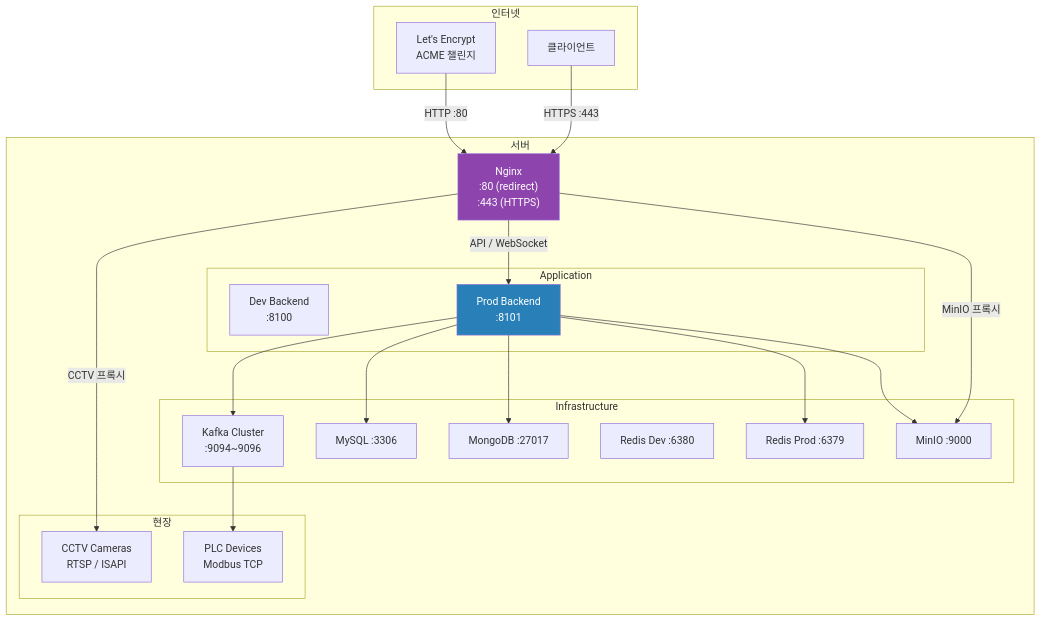
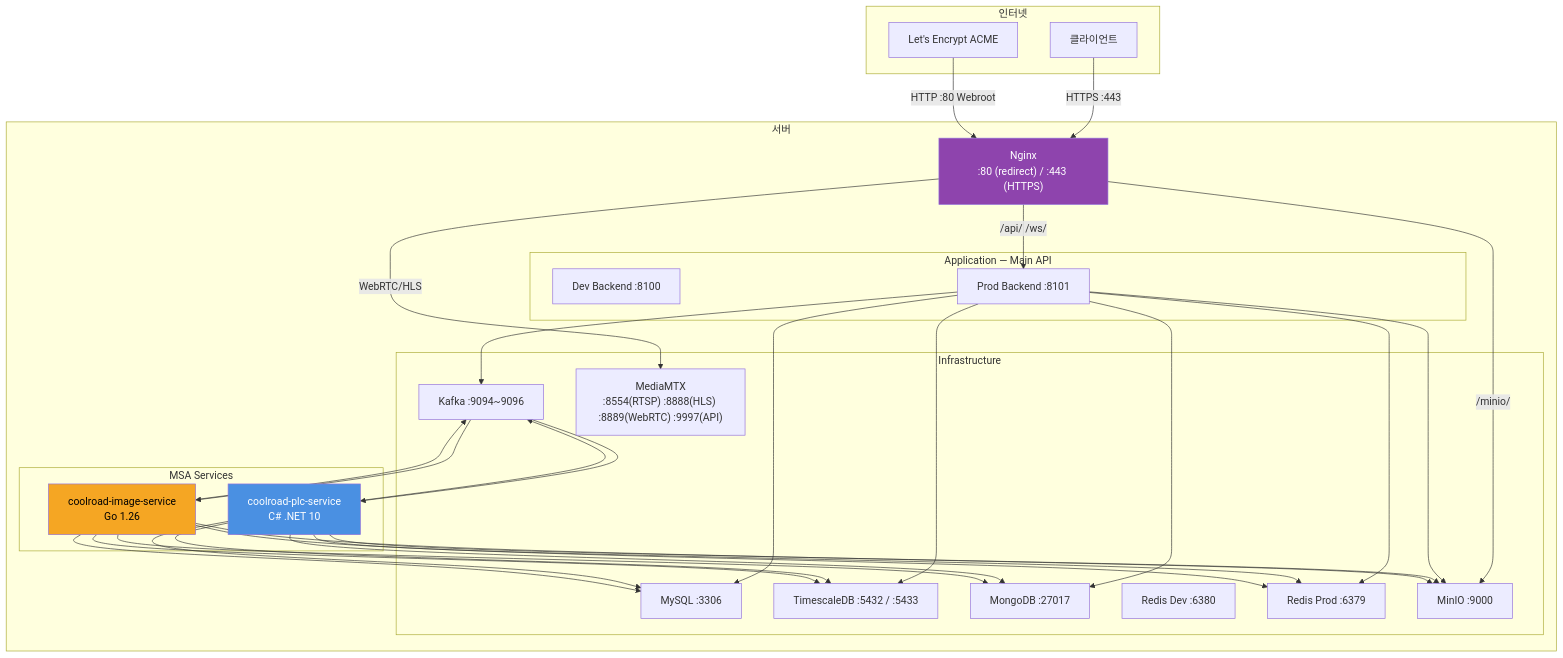
One commit to 1985jwlee/production-iot-backend changed the diagram in docs/DEPLOYMENT.md. Above: the diagram before and after it, drawn with Mermaid. The commit also changed other lines of this file and 11 other files, not shown here.

````diff
--- a/docs/DEPLOYMENT.md
+++ b/docs/DEPLOYMENT.md
@@ -24,41 +26,45 @@
 ```mermaid
 graph TB
     subgraph Internet["인터넷"]
         CLIENT["클라이언트"]
-        LE["Let's Encrypt\nACME 챌린지"]
+        LE["Let's Encrypt ACME"]
     end
 
     subgraph Server["서버"]
-        NGINX["Nginx\n:80 (redirect)\n:443 (HTTPS)"]
+        NGINX["Nginx\n:80 (redirect) / :443 (HTTPS)"]
 
-        subgraph App["Application"]
-            DEV["Dev Backend\n:8100"]
-            PROD["Prod Backend\n:8101"]
+        subgraph App["Application — Main API"]
+            DEV["Dev Backend :8100"]
+            PROD["Prod Backend :8101"]
+        end
+
+        subgraph MSA["MSA Services"]
+            PLCMSA["coolroad-plc-service\nC# .NET 10"]
+            IMGMSA["coolroad-image-service\nGo 1.26"]
         end
 
         subgraph Infra["Infrastructure"]
-            KAFKA["Kafka Cluster\n:9094~9096"]
+            KAFKA["Kafka :9094~9096"]
             MYSQL["MySQL :3306"]
+            TSDB["TimescaleDB :5432 / :5433"]
             MONGO["MongoDB :27017"]
             REDIS_D["Redis Dev :6380"]
             REDIS_P["Redis Prod :6379"]
             MINIO["MinIO :9000"]
-        end
-
-        subgraph Camera["현장"]
-            CCTV["CCTV Cameras\nRTSP / ISAPI"]
-            PLC["PLC Devices\nModbus TCP"]
+            MEDIAMTX["MediaMTX\n:8554(RTSP) :8888(HLS) :8889(WebRTC) :9997(API)"]
         end
     end
 
     CLIENT -->|"HTTPS :443"| NGINX
-    LE -->|"HTTP :80"| NGINX
-    NGINX -->|"API / WebSocket"| PROD
-    NGINX -->|"CCTV 프록시"| CCTV
-    NGINX -->|"MinIO 프록시"| MINIO
-    PROD --> KAFKA & MYSQL & MONGO & REDIS_P & MINIO
-    KAFKA --> PLC
+    LE -->|"HTTP :80 Webroot"| NGINX
+    NGINX -->|"/api/ /ws/"| PROD
+    NGINX -->|"WebRTC/HLS"| MEDIAMTX
+    NGINX -->|"/minio/"| MINIO
+    PROD & PLCMSA & IMGMSA --> KAFKA
+    KAFKA --> PLCMSA & IMGMSA
+    PROD & PLCMSA & IMGMSA --> MYSQL & TSDB & MONGO & REDIS_P & MINIO
 
     style NGINX fill:#8e44ad,color:#fff
-    style PROD fill:#2980b9,color:#fff
+    style PLCMSA fill:#4A90E2,color:#fff
+    style IMGMSA fill:#F5A623,color:#000
 ```
````
